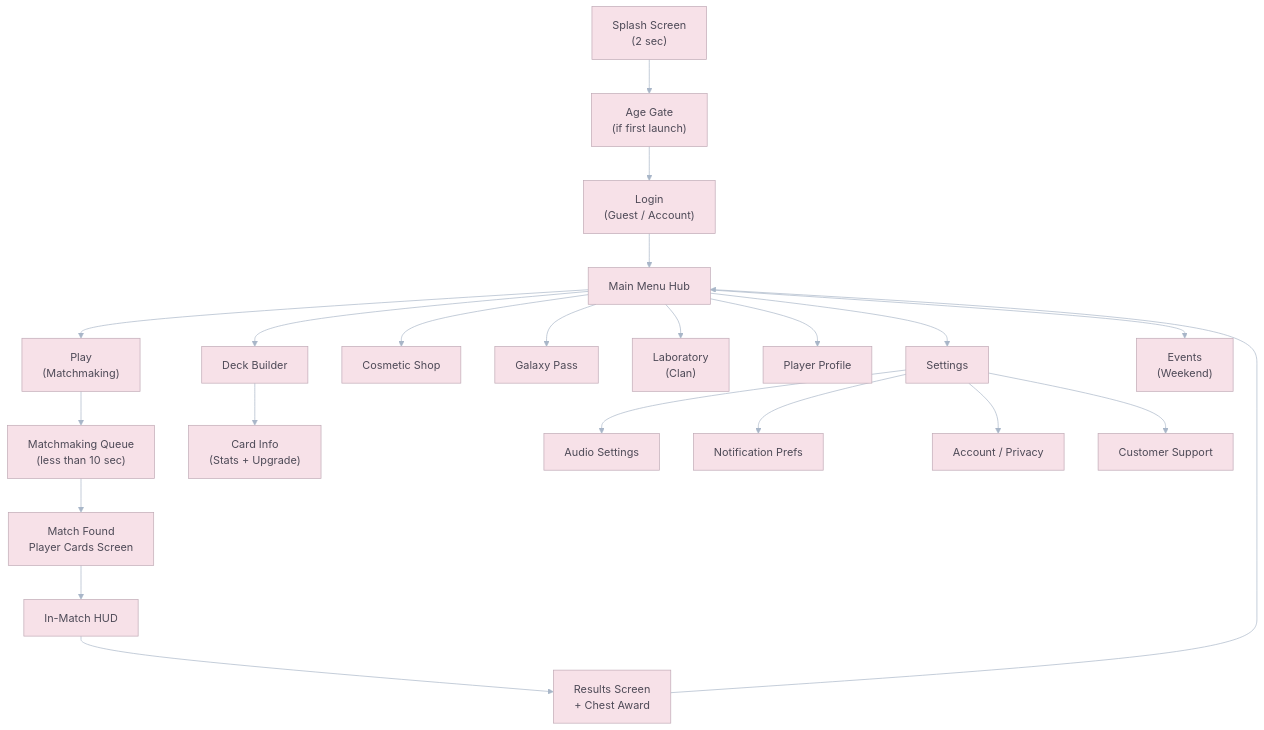
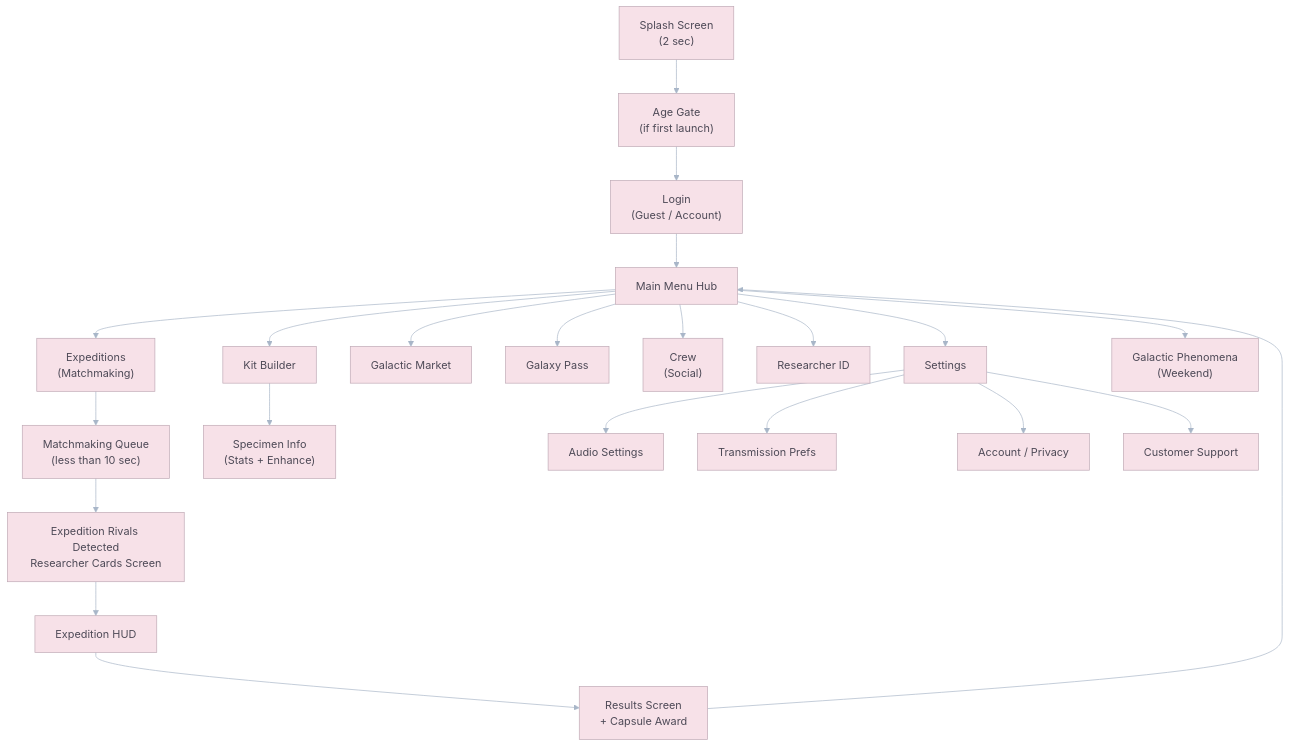
One commit to unknown-studios-code/goo-galaxy changed the second of 3 diagrams in .docs/GDD/06_Art_Direction_and_UX.md. Above: the diagram before and after it, drawn with Mermaid. The commit also changed other lines of this file and 20 other files, not shown here.

````diff
--- a/.docs/GDD/06_Art_Direction_and_UX.md
+++ b/.docs/GDD/06_Art_Direction_and_UX.md
@@ -116,29 +138,29 @@
 ```mermaid
 %%{init: {"theme":"base","themeVariables":{"primaryColor":"#F7E1E8","secondaryColor":"#DCEBF7","tertiaryColor":"#E4F3E1","primaryBorderColor":"#BFA9B5","lineColor":"#A8B6C8","primaryTextColor":"#4E4A57","clusterBkg":"#FAF5EA","clusterBorder":"#CDBFAF","edgeLabelBackground":"#FFF9F2","noteBkgColor":"#F7F1FA","noteTextColor":"#4E4A57","taskBkgColor":"#DCEBF7","taskTextColor":"#4E4A57","taskTextOutsideColor":"#4E4A57","sectionBkgColor":"#E4F3E1","sectionBorderColor":"#BCD0B9","gridColor":"#E8DDD3","todayLineColor":"#C7A7B5","actorBkg":"#F7E1E8","actorBorder":"#BFA9B5","actorTextColor":"#4E4A57","signalColor":"#A8B6C8","signalTextColor":"#4E4A57","labelBoxBkgColor":"#FFF9F2","labelBoxBorderColor":"#CDBFAF","labelTextColor":"#4E4A57"}}}%%
 flowchart TD
     SPLASH["Splash Screen<br/>(2 sec)"] --> AGE["Age Gate<br/>(if first launch)"]
     AGE --> LOGIN["Login<br/>(Guest / Account)"]
     LOGIN --> MAIN["Main Menu Hub"]
 
-    MAIN --> PLAY["Play<br/>(Matchmaking)"]
-    MAIN --> DECK["Deck Builder"]
-    MAIN --> SHOP["Cosmetic Shop"]
+    MAIN --> PLAY["Expeditions<br/>(Matchmaking)"]
+    MAIN --> KIT["Kit Builder"]
+    MAIN --> MARKET["Galactic Market"]
     MAIN --> PASS["Galaxy Pass"]
-    MAIN --> CLAN["Laboratory<br/>(Clan)"]
-    MAIN --> PROFILE["Player Profile"]
+    MAIN --> CREW["Crew<br/>(Social)"]
+    MAIN --> PROFILE["Researcher ID"]
     MAIN --> SETTINGS["Settings"]
-    MAIN --> EVENTS["Events<br/>(Weekend)"]
+    MAIN --> PHENOMENA["Galactic Phenomena<br/>(Weekend)"]
 
     PLAY --> QUEUE["Matchmaking Queue<br/>(less than 10 sec)"]
-    QUEUE --> MATCH["Match Found<br/>Player Cards Screen"]
-    MATCH --> GAME["In-Match HUD"]
-    GAME --> RESULTS["Results Screen<br/>+ Chest Award"]
+    QUEUE --> FOUND["Expedition Rivals Detected<br/>Researcher Cards Screen"]
+    FOUND --> GAME["Expedition HUD"]
+    GAME --> RESULTS["Results Screen<br/>+ Capsule Award"]
     RESULTS --> MAIN
 
-    DECK --> CARD_INFO["Card Info<br/>(Stats + Upgrade)"]
+    KIT --> SPECIMEN_INFO["Specimen Info<br/>(Stats + Enhance)"]
 
     SETTINGS --> AUDIO["Audio Settings"]
-    SETTINGS --> NOTIF["Notification Prefs"]
+    SETTINGS --> NOTIF["Transmission Prefs"]
     SETTINGS --> ACCOUNT["Account / Privacy"]
     SETTINGS --> SUPPORT["Customer Support"]
 ```
````
